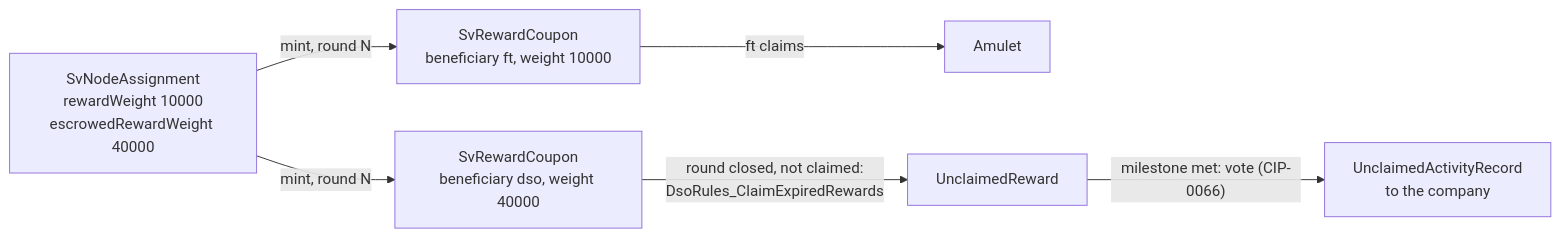
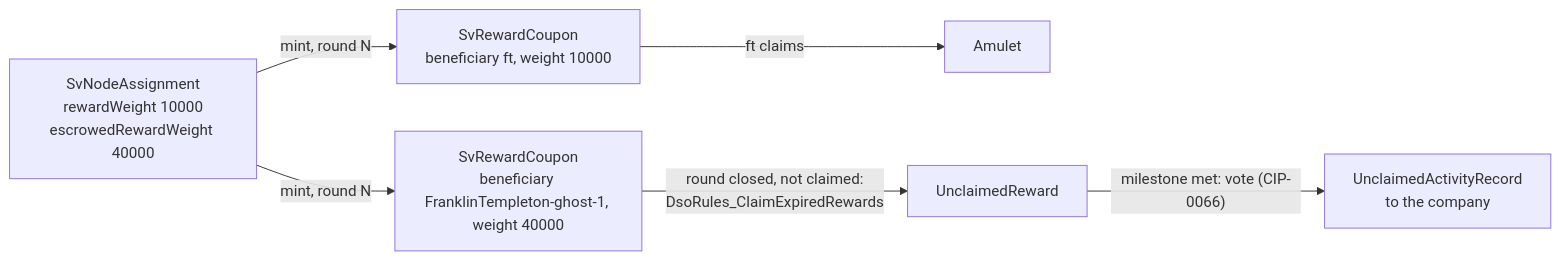
One commit to canton-network/splice changed the second of 2 diagrams in SV_RIGHTS_OWNERS_POC.md. Above: the diagram before and after it, drawn with Mermaid. The commit also changed other lines of this file and 1 other file, not shown here.

Commit message:
feat(sv-weights): mint escrowed weight to an escrow party set by vote

````diff
--- a/SV_RIGHTS_OWNERS_POC.md
+++ b/SV_RIGHTS_OWNERS_POC.md
@@ -192,8 +198,8 @@
 ```mermaid
 flowchart LR
     A["SvNodeAssignment<br/>rewardWeight 10000<br/>escrowedRewardWeight 40000"] -->|"mint, round N"| C1["SvRewardCoupon<br/>beneficiary ft, weight 10000"]
-    A -->|"mint, round N"| C2["SvRewardCoupon<br/>beneficiary dso, weight 40000"]
+    A -->|"mint, round N"| C2["SvRewardCoupon<br/>beneficiary FranklinTempleton-ghost-1, weight 40000"]
     C1 -->|"ft claims"| CC["Amulet"]
     C2 -->|"round closed, not claimed:<br/>DsoRules_ClaimExpiredRewards"| U["UnclaimedReward"]
     U -->|"milestone met: vote (CIP-0066)"| R["UnclaimedActivityRecord<br/>to the company"]
 ```
````
